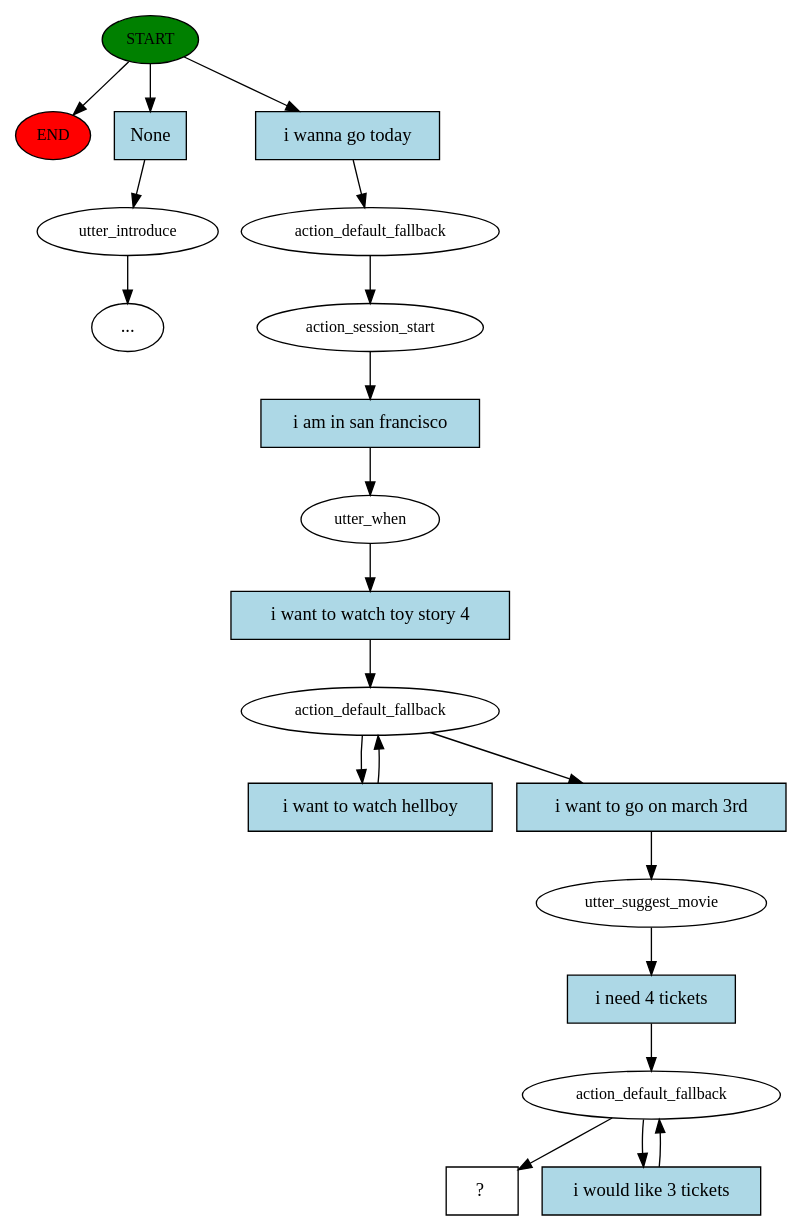
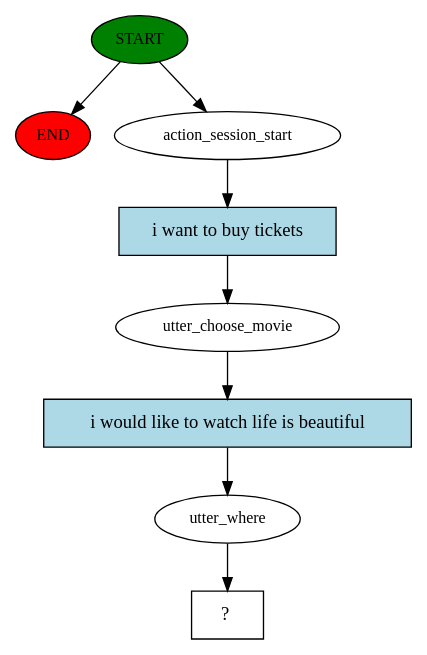
One commit to menezesmalu/chatbot changed the diagram in story_graph.dot. Above: the diagram before and after it, drawn with Graphviz. The commit also changed 33 other files, not shown here.

```diff
--- a/story_graph.dot
+++ b/story_graph.dot
@@ -1,41 +1,17 @@
 digraph  {
 0 [class="start active", fillcolor=green, fontsize=12, label=START, style=filled];
 "-1" [class=end, fillcolor=red, fontsize=12, label=END, style=filled];
-1 [class="", fontsize=12, label=utter_introduce];
-"-4" [class=ellipsis, label="..."];
-3 [class=active, fontsize=12, label=action_default_fallback];
-4 [class=active, fontsize=12, label=action_session_start];
-5 [class=active, fontsize=12, label=utter_when];
-6 [class=active, fontsize=12, label=action_default_fallback];
-11 [class=active, fontsize=12, label=utter_suggest_movie];
-12 [class=active, fontsize=12, label=action_default_fallback];
-21 [class="intent dashed active", label="  ?  ", shape=rect];
-22 [class=intent, fillcolor=lightblue, label=None, shape=rect, style=filled];
-23 [class="intent active", fillcolor=lightblue, label="i wanna go today", shape=rect, style=filled];
-24 [class="intent active", fillcolor=lightblue, label="i am in san francisco", shape=rect, style=filled];
-25 [class="intent active", fillcolor=lightblue, label="i want to watch toy story 4", shape=rect, style=filled];
-26 [class="intent active", fillcolor=lightblue, label="i want to watch hellboy", shape=rect, style=filled];
-27 [class="intent active", fillcolor=lightblue, label="i want to go on march 3rd", shape=rect, style=filled];
-28 [class="intent active", fillcolor=lightblue, label="i need 4 tickets", shape=rect, style=filled];
-29 [class="intent active", fillcolor=lightblue, label="i would like 3 tickets", shape=rect, style=filled];
+1 [class=active, fontsize=12, label=action_session_start];
+2 [class=active, fontsize=12, label=utter_choose_movie];
+3 [class=active, fontsize=12, label=utter_where];
+4 [class="intent dashed active", label="  ?  ", shape=rect];
+5 [class="intent active", fillcolor=lightblue, label="i want to buy tickets", shape=rect, style=filled];
+6 [class="intent active", fillcolor=lightblue, label="i would like to watch life is beautiful", shape=rect, style=filled];
 0 -> "-1"  [class="", key=NONE, label=""];
-0 -> 22  [class="", key=0];
-0 -> 23  [class=active, key=0];
-1 -> "-4"  [class="", key=NONE, label=""];
+0 -> 1  [class=active, key=NONE, label=""];
+1 -> 5  [class=active, key=0];
+2 -> 6  [class=active, key=0];
 3 -> 4  [class=active, key=NONE, label=""];
-4 -> 24  [class=active, key=0];
-5 -> 25  [class=active, key=0];
-6 -> 26  [class=active, key=0];
-6 -> 27  [class=active, key=0];
-11 -> 28  [class=active, key=0];
-12 -> 21  [class=active, key=NONE, label=""];
-12 -> 29  [class=active, key=0];
-22 -> 1  [class="", key=0];
-23 -> 3  [class=active, key=0];
-24 -> 5  [class=active, key=0];
-25 -> 6  [class=active, key=0];
-26 -> 6  [class=active, key=0];
-27 -> 11  [class=active, key=0];
-28 -> 12  [class=active, key=0];
-29 -> 12  [class=active, key=0];
+5 -> 2  [class=active, key=0];
+6 -> 3  [class=active, key=0];
 }
```
